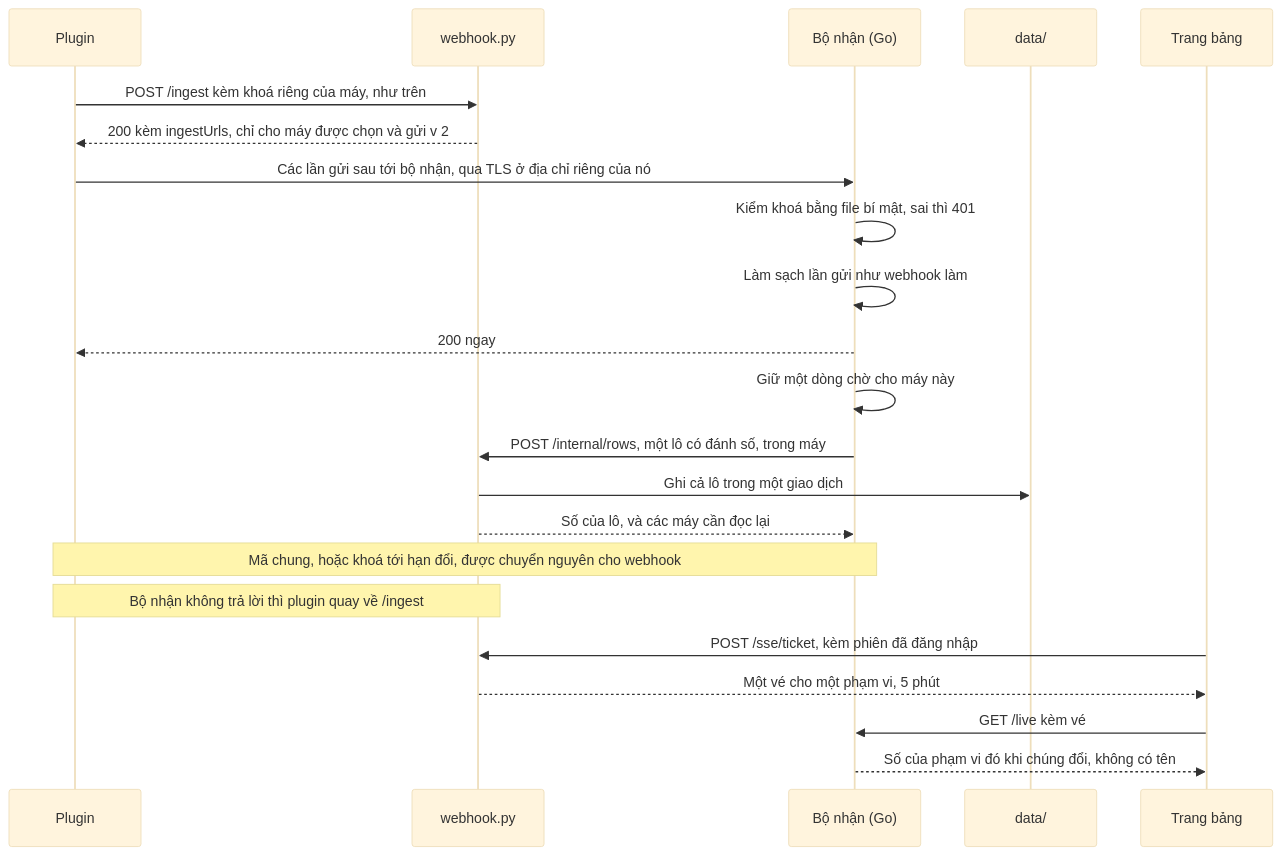
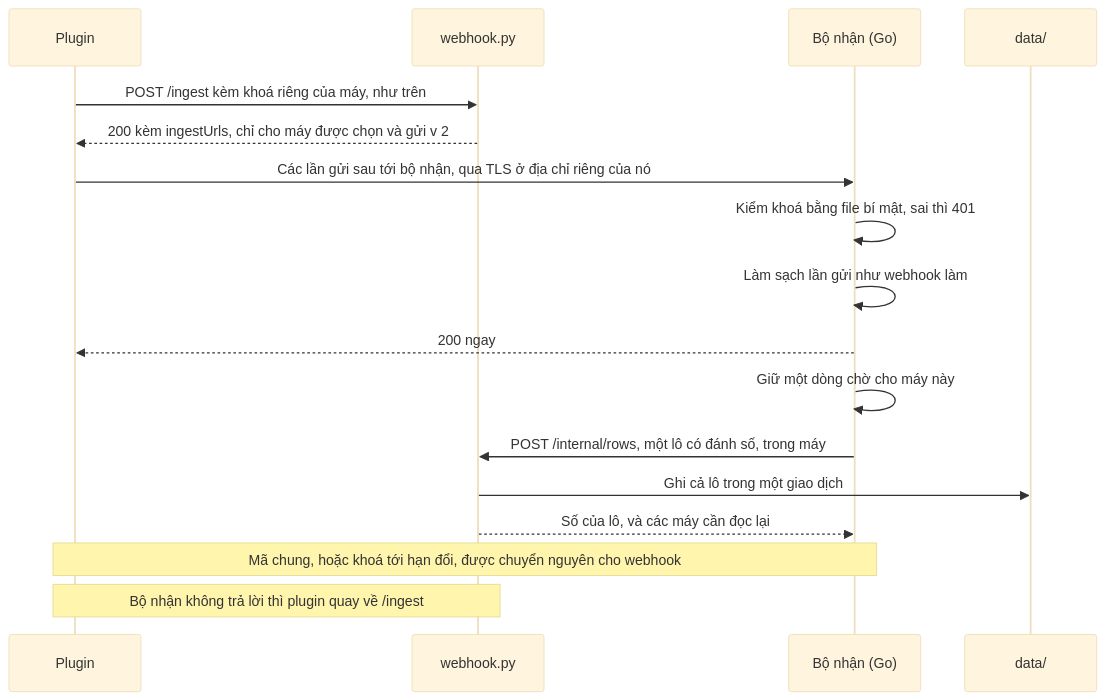
Before and after one commit to anhle9x/ai-worker: the third of 15 diagrams in docs/ARCHITECTURE.vi.md, drawn with Mermaid (base theme). The commit also changed other lines of this file and 9 other files, not shown here.

````diff
--- a/docs/ARCHITECTURE.vi.md
+++ b/docs/ARCHITECTURE.vi.md
@@ -212,24 +212,19 @@
 ```mermaid
 sequenceDiagram
   participant P as Plugin
   participant W as webhook.py
   participant R as Bộ nhận (Go)
   participant D as data/
-  participant B as Trang bảng
   P->>W: POST /ingest kèm khoá riêng của máy, như trên
   W-->>P: 200 kèm ingestUrls, chỉ cho máy được chọn và gửi v 2
   P->>R: Các lần gửi sau tới bộ nhận, qua TLS ở địa chỉ riêng của nó
   R->>R: Kiểm khoá bằng file bí mật, sai thì 401
   R->>R: Làm sạch lần gửi như webhook làm
   R-->>P: 200 ngay
   R->>R: Giữ một dòng chờ cho máy này
   R->>W: POST /internal/rows, một lô có đánh số, trong máy
   W->>D: Ghi cả lô trong một giao dịch
   W-->>R: Số của lô, và các máy cần đọc lại
   Note over P,R: Mã chung, hoặc khoá tới hạn đổi, được chuyển nguyên cho webhook
   Note over P,W: Bộ nhận không trả lời thì plugin quay về /ingest
-  B->>W: POST /sse/ticket, kèm phiên đã đăng nhập
-  W-->>B: Một vé cho một phạm vi, 5 phút
-  B->>R: GET /live kèm vé
-  R-->>B: Số của phạm vi đó khi chúng đổi, không có tên
 ```
````
